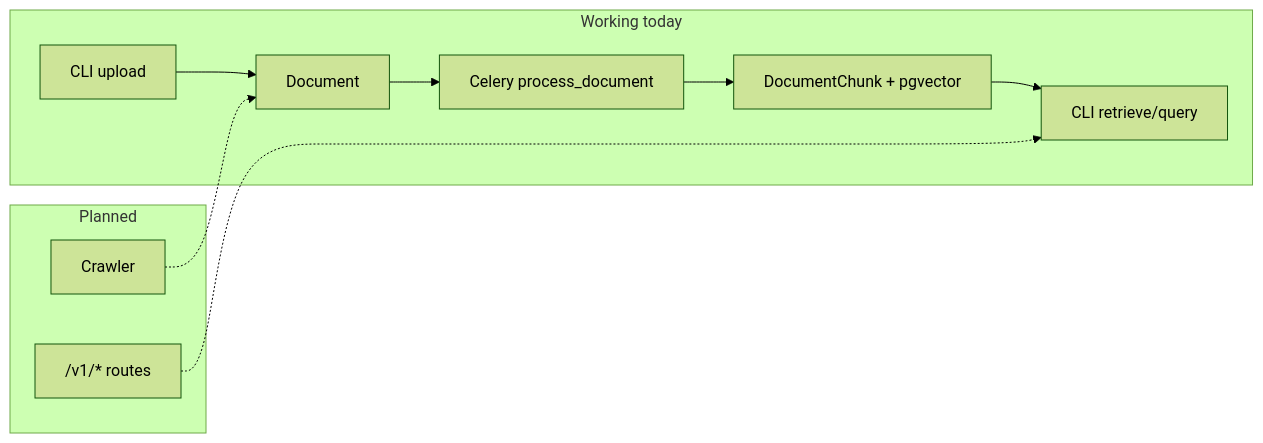
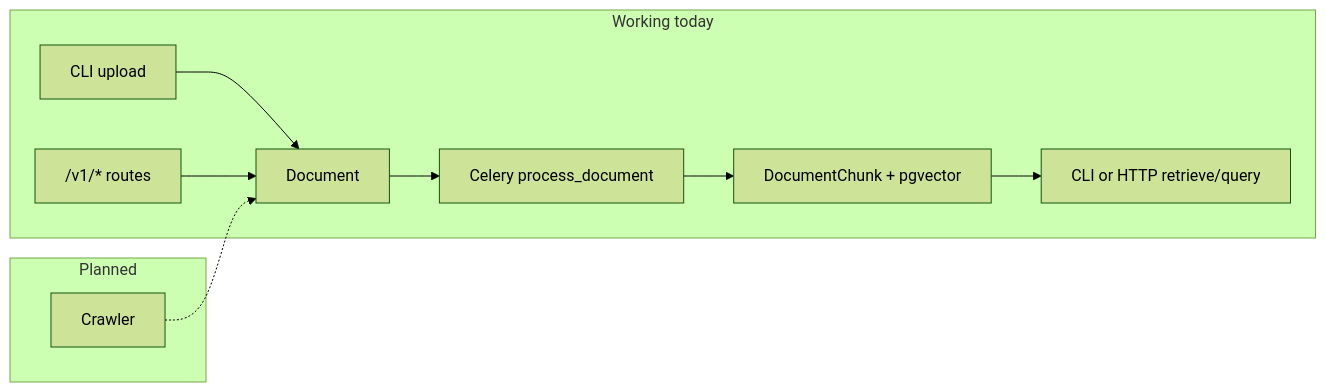
The diagram in README.md (dgallantino/rag-crawler-api), drawn with Mermaid (forest theme) before and after one commit. The commit also changed other lines of this file and 2 other files, not shown here.

````diff
--- a/README.md
+++ b/README.md
@@ -20,13 +20,13 @@
 ```mermaid
 flowchart LR
   subgraph working [Working today]
     CLI[CLI upload] --> Doc[Document]
+    HTTP["/v1/* routes"] --> Doc
     Doc --> Celery[Celery process_document]
     Celery --> Chunks[DocumentChunk + pgvector]
-    Chunks --> Query[CLI retrieve/query]
+    Chunks --> Query[CLI or HTTP retrieve/query]
   end
   subgraph planned [Planned]
     Crawl[Crawler] -.-> Doc
-    HTTP["/v1/* routes"] -.-> Query
   end
 ```
````
